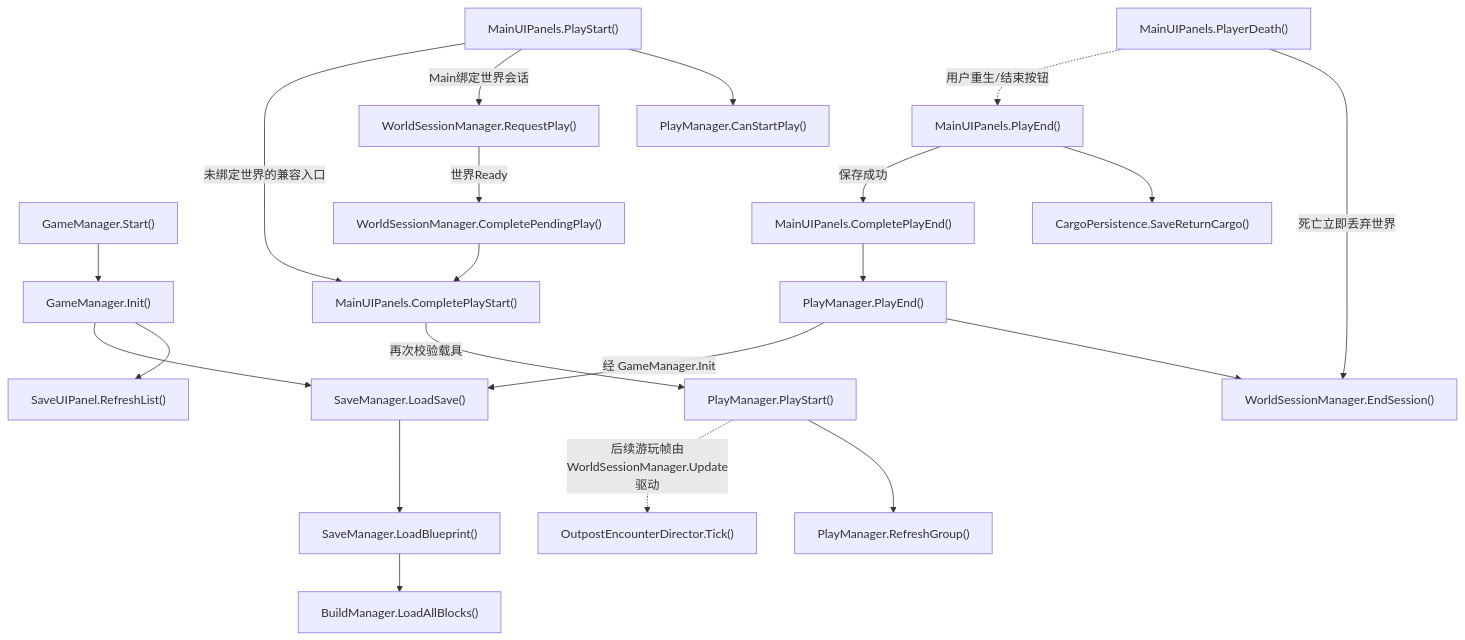
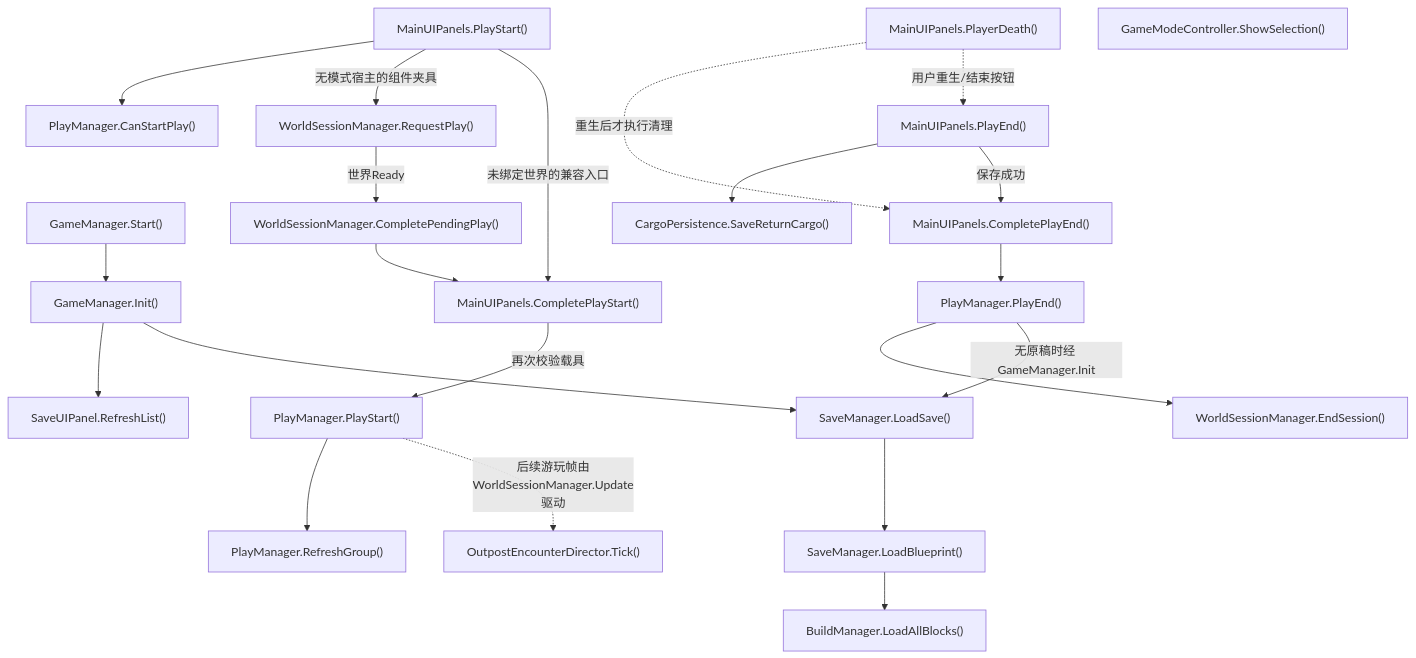
Before and after one commit to kukudia/HY-Sandbox: the ninth of 55 diagrams in Docs/RuntimeFlow.md, drawn with Mermaid. The commit also changed other lines of this file and 49 other files, not shown here.

````diff
--- a/Docs/RuntimeFlow.md
+++ b/Docs/RuntimeFlow.md
@@ -599,63 +600,65 @@
 ```mermaid
 flowchart TD
     A["GameManager.Start()"]
     click A "../Assets/Scripts/Features/Bootstrap/GameManager.cs#L15" "打开源码"
     B["GameManager.Init()"]
     click B "../Assets/Scripts/Features/Bootstrap/GameManager.cs#L20" "打开源码"
     C["SaveUIPanel.RefreshList()"]
     click C "../Assets/Scripts/Features/Building/Interface/SaveUIPanel.cs#L17" "打开源码"
     D["SaveManager.LoadSave()"]
     click D "../Assets/Scripts/Features/Building/SaveManager.cs#L278" "打开源码"
     E["BuildManager.LoadAllBlocks()"]
     click E "../Assets/Scripts/Features/Building/BuildManager.cs#L606" "打开源码"
     F["MainUIPanels.PlayStart()"]
     click F "../Assets/Scripts/Features/Presentation/Interface/MainUIPanels.cs#L233" "打开源码"
     G["PlayManager.CanStartPlay()"]
-    click G "../Assets/Scripts/Features/Simulation/PlayManager.cs#L148" "打开源码"
+    click G "../Assets/Scripts/Features/Simulation/PlayManager.cs#L158" "打开源码"
     H["PlayManager.PlayStart()"]
-    click H "../Assets/Scripts/Features/Simulation/PlayManager.cs#L100" "打开源码"
+    click H "../Assets/Scripts/Features/Simulation/PlayManager.cs#L109" "打开源码"
     I["PlayManager.RefreshGroup()"]
-    click I "../Assets/Scripts/Features/Simulation/PlayManager.cs#L183" "打开源码"
+    click I "../Assets/Scripts/Features/Simulation/PlayManager.cs#L193" "打开源码"
     J["OutpostEncounterDirector.Tick()"]
     click J "../Assets/Scripts/Features/World/Outposts/OutpostEncounterDirector.cs#L51" "打开源码"
     K["MainUIPanels.PlayEnd()"]
-    click K "../Assets/Scripts/Features/Presentation/Interface/MainUIPanels.cs#L281" "打开源码"
+    click K "../Assets/Scripts/Features/Presentation/Interface/MainUIPanels.cs#L287" "打开源码"
     L["CargoPersistence.SaveReturnCargo()"]
     click L "../Assets/Scripts/Features/Salvage/Cargo/CargoPersistence.cs#L11" "打开源码"
     M["PlayManager.PlayEnd()"]
-    click M "../Assets/Scripts/Features/Simulation/PlayManager.cs#L285" "打开源码"
+    click M "../Assets/Scripts/Features/Simulation/PlayManager.cs#L295" "打开源码"
     N["MainUIPanels.PlayerDeath()"]
-    click N "../Assets/Scripts/Features/Presentation/Interface/MainUIPanels.cs#L307" "打开源码"
+    click N "../Assets/Scripts/Features/Presentation/Interface/MainUIPanels.cs#L323" "打开源码"
     O["WorldSessionManager.RequestPlay()"]
-    click O "../Assets/Scripts/Features/World/WorldSessionManager.cs#L174" "打开源码"
+    click O "../Assets/Scripts/Features/World/WorldSessionManager.cs#L188" "打开源码"
     P["WorldSessionManager.CompletePendingPlay()"]
-    click P "../Assets/Scripts/Features/World/WorldSessionManager.cs#L197" "打开源码"
+    click P "../Assets/Scripts/Features/World/WorldSessionManager.cs#L212" "打开源码"
     Q["MainUIPanels.CompletePlayStart()"]
-    click Q "../Assets/Scripts/Features/Presentation/Interface/MainUIPanels.cs#L261" "打开源码"
+    click Q "../Assets/Scripts/Features/Presentation/Interface/MainUIPanels.cs#L267" "打开源码"
     R["MainUIPanels.CompletePlayEnd()"]
-    click R "../Assets/Scripts/Features/Presentation/Interface/MainUIPanels.cs#L297" "打开源码"
+    click R "../Assets/Scripts/Features/Presentation/Interface/MainUIPanels.cs#L304" "打开源码"
     S["WorldSessionManager.EndSession()"]
-    click S "../Assets/Scripts/Features/World/WorldSessionManager.cs#L306" "打开源码"
+    click S "../Assets/Scripts/Features/World/WorldSessionManager.cs#L327" "打开源码"
     T["SaveManager.LoadBlueprint()"]
     click T "../Assets/Scripts/Features/Building/SaveManager.cs#L288" "打开源码"
+    U["GameModeController.ShowSelection()"]
+    click U "../Assets/Scripts/Features/Simulation/Modes/GameModeController.cs#L58" "打开源码"
     A --> B
     B --> C
     B --> D
     D --> T
     T --> E
     F --> G
-    F -->|Main绑定世界会话| O
+    F -->|无模式宿主的组件夹具| O
     O -->|世界Ready| P
     P --> Q
     Q -->|再次校验载具| H
     F -->|未绑定世界的兼容入口| Q
     H --> I
     H -.->|后续游玩帧由WorldSessionManager.Update驱动| J
     K --> L
     K -->|保存成功| R
     R --> M
     M --> S
-    M -->|经 GameManager.Init| D
-    N -->|死亡立即丢弃世界| S
+    M -->|无原稿时经 GameManager.Init| D
+    N -.->|重生后才执行清理| R
     N -.->|用户重生/结束按钮| K
 ```
````
